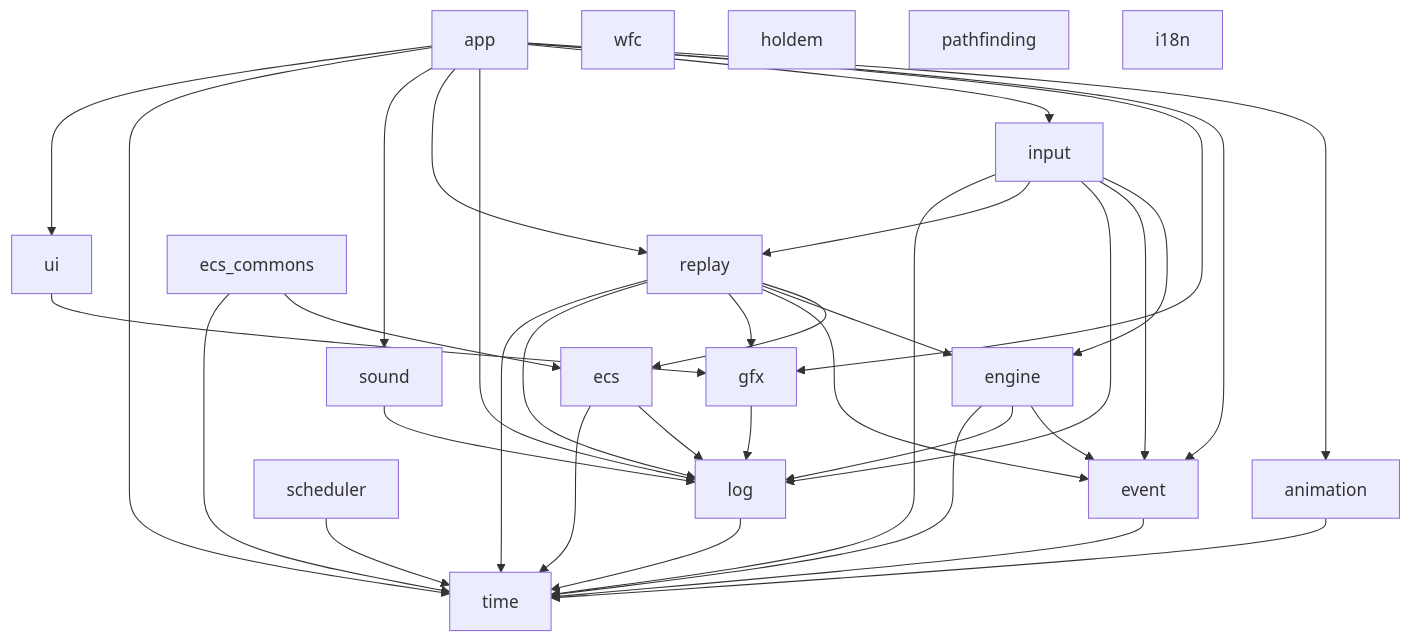
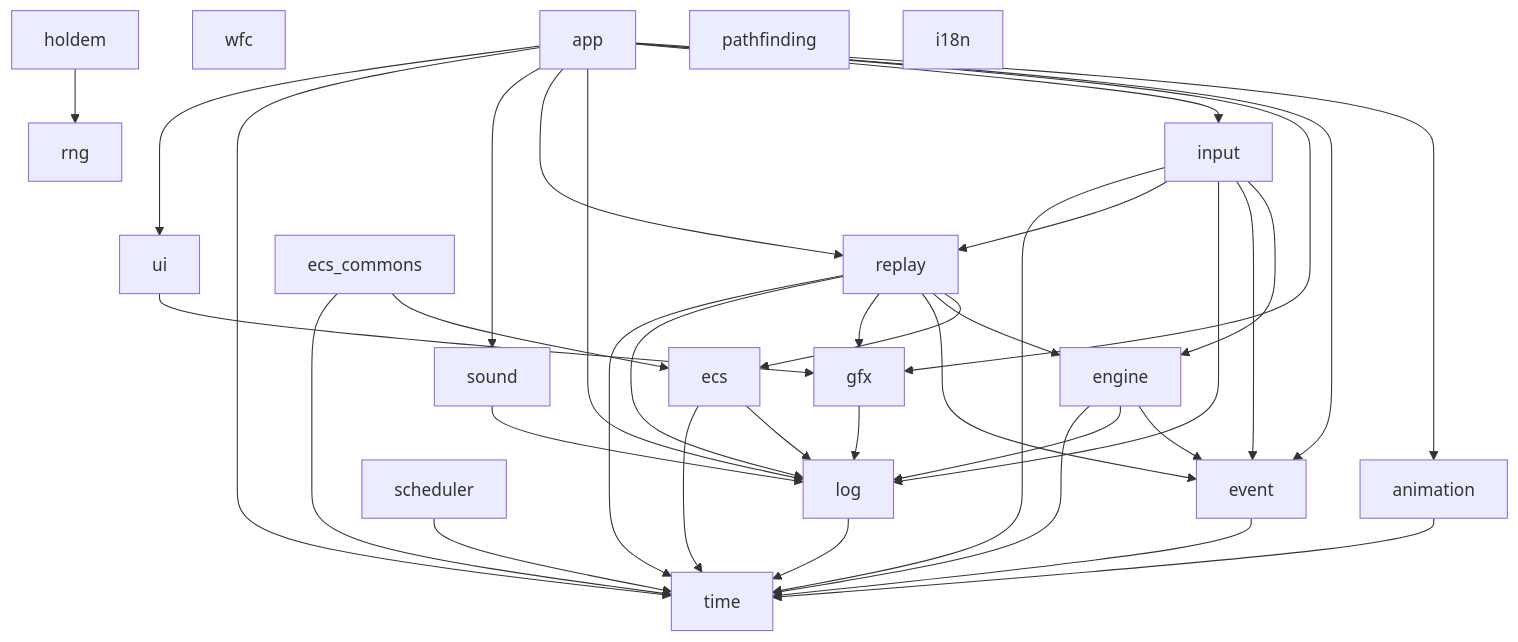
One commit to antwika/antwika changed the second of 2 diagrams in wiki/Architecture.md. Above: the diagram before and after it, drawn with Mermaid. The commit also changed other lines of this file and 7 other files, not shown here.

````diff
--- a/wiki/Architecture.md
+++ b/wiki/Architecture.md
@@ -76,56 +76,58 @@
 ```mermaid
 graph TD
     time[time]
     log[log]
     event[event]
     engine[engine]
     ecs[ecs]
     gfx[gfx]
     replay[replay]
     input[input]
     scheduler[scheduler]
     ui[ui]
     app[app]
     wfc[wfc]
+    rng[rng]
     holdem[holdem]
     ecs_commons[ecs_commons]
     pathfinding[pathfinding]
     animation[animation]
     i18n[i18n]
     sound[sound]
 
     log --> time
     event --> time
     engine --> event
     engine --> log
     engine --> time
     ecs --> log
     ecs --> time
     gfx --> log
     scheduler --> time
     ui --> gfx
     replay --> ecs
     replay --> engine
     replay --> event
     replay --> gfx
     replay --> log
     replay --> time
     input --> engine
     input --> event
     input --> log
     input --> replay
     input --> time
+    holdem --> rng
     ecs_commons --> ecs
     ecs_commons --> time
     animation --> time
     sound --> log
     app --> animation
     app --> event
     app --> gfx
     app --> input
     app --> log
     app --> replay
     app --> sound
     app --> time
     app --> ui
 ```
````
